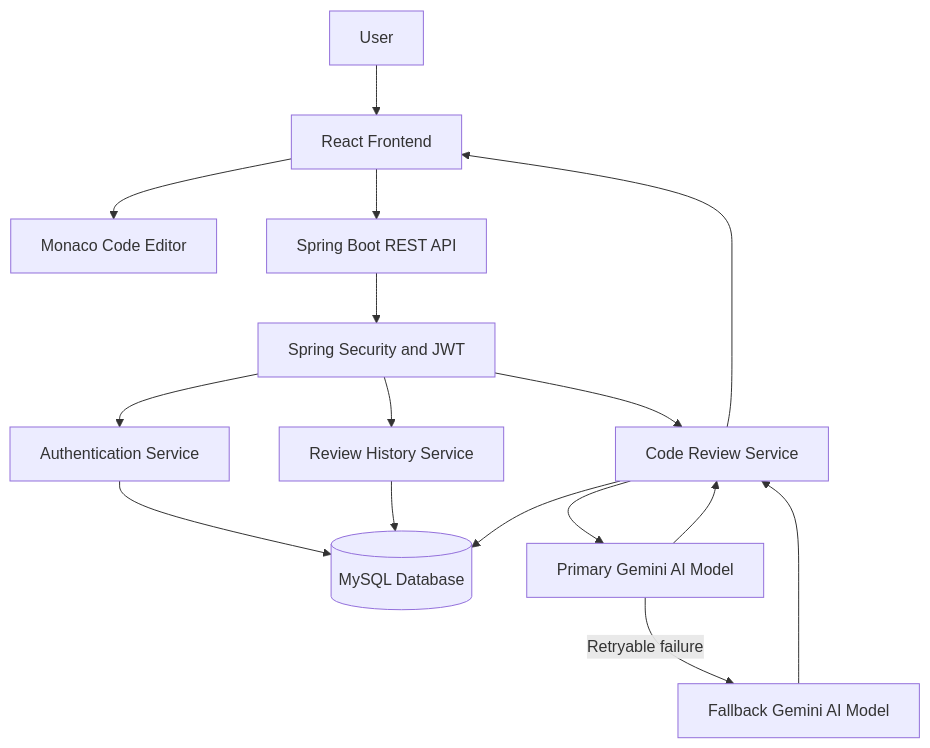
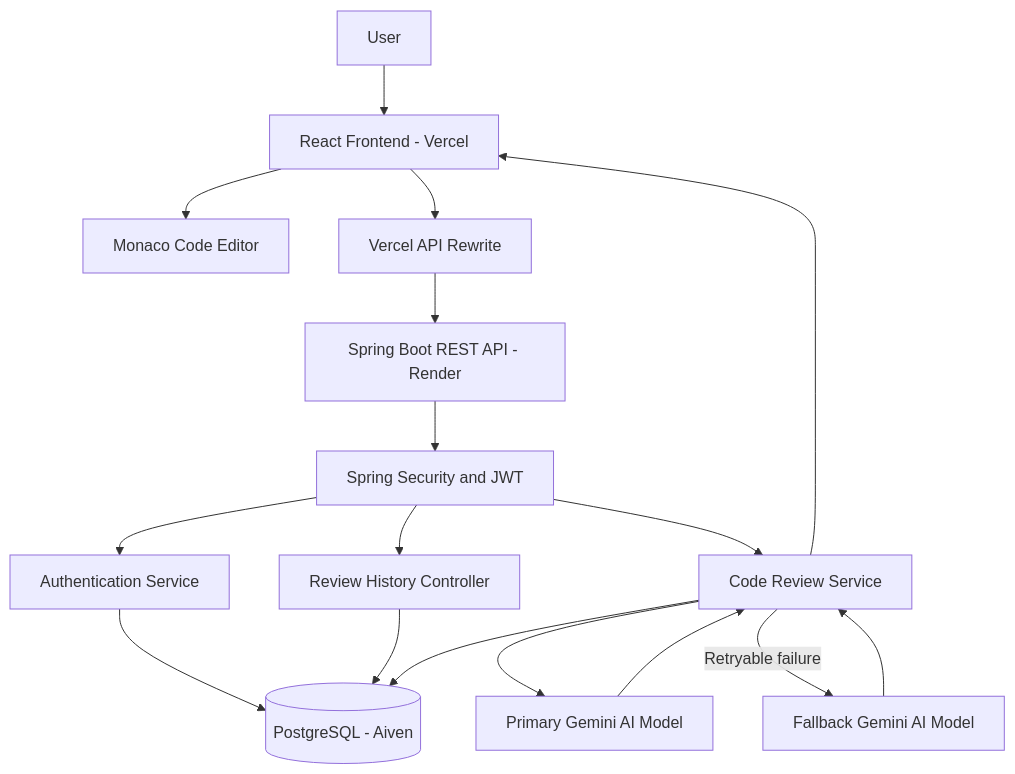
The first of 5 diagrams in README.md (leamary26/codepilot-ai), drawn with Mermaid before and after one commit. The commit also changed other lines of this file, not shown here.

````diff
--- a/README.md
+++ b/README.md
@@ -101,18 +113,19 @@
 ```mermaid
 flowchart TD
-    A[User] --> B[React Frontend]
+    A[User] --> B[React Frontend - Vercel]
     B --> C[Monaco Code Editor]
-    B --> D[Spring Boot REST API]
-    D --> E[Spring Security and JWT]
-    E --> F[Authentication Service]
-    E --> G[Code Review Service]
-    E --> H[Review History Service]
-    F --> I[(MySQL Database)]
-    H --> I
-    G --> J[Primary Gemini AI Model]
-    J -->|Retryable failure| K[Fallback Gemini AI Model]
-    J --> G
-    K --> G
-    G --> I
-    G --> B
+    B --> D[Vercel API Rewrite]
+    D --> E[Spring Boot REST API - Render]
+    E --> F[Spring Security and JWT]
+    F --> G[Authentication Service]
+    F --> H[Code Review Service]
+    F --> I[Review History Controller]
+    G --> J[(PostgreSQL - Aiven)]
+    I --> J
+    H --> K[Primary Gemini AI Model]
+    H -->|Retryable failure| L[Fallback Gemini AI Model]
+    K --> H
+    L --> H
+    H --> J
+    H --> B
 ```
````
